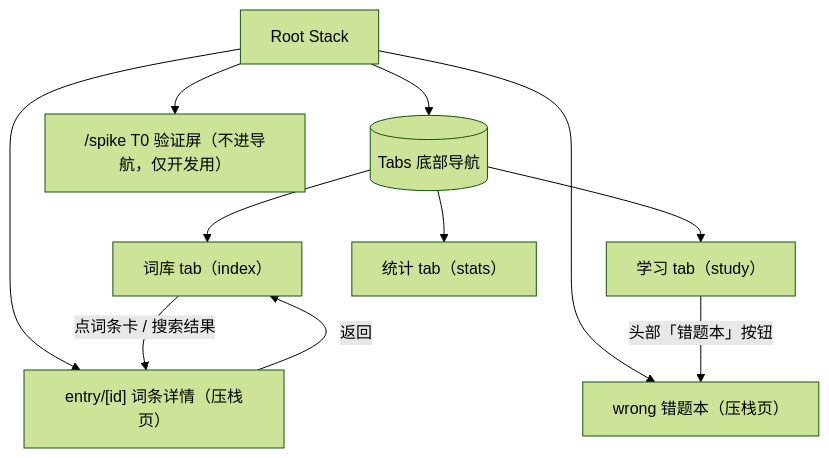
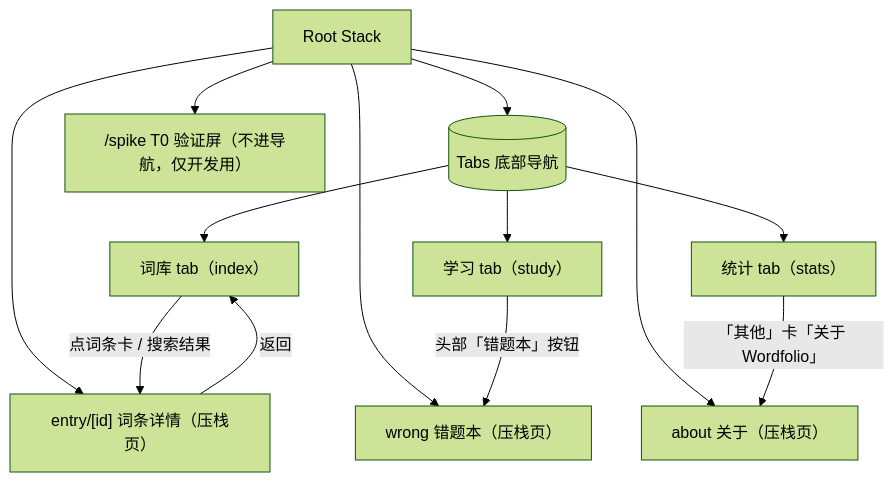
Before and after one commit to Partiverse/wordfolio: the first of 2 diagrams in docs/design/功能逻辑树.md, drawn with Mermaid (forest theme). The commit also changed other lines of this file and 4 other files, not shown here.

````diff
--- a/docs/design/功能逻辑树.md
+++ b/docs/design/功能逻辑树.md
@@ -11,15 +11,17 @@
 ```mermaid
 flowchart TD
     Root[Root Stack] --> Tabs[(Tabs 底部导航)]
     Root --> Entry["entry/[id] 词条详情（压栈页）"]
     Root --> Wrong["wrong 错题本（压栈页）"]
+    Root --> About["about 关于（压栈页）"]
     Root --> Spike["/spike T0 验证屏（不进导航，仅开发用）"]
 
     Tabs --> A["词库 tab（index）"]
     Tabs --> B["学习 tab（study）"]
     B -- "头部「错题本」按钮" --> Wrong
     Tabs --> C["统计 tab（stats）"]
+    C -- "「其他」卡「关于 Wordfolio」" --> About
 
     A -- 点词条卡 / 搜索结果 --> Entry
     Entry -- 返回 --> A
 ```
````
